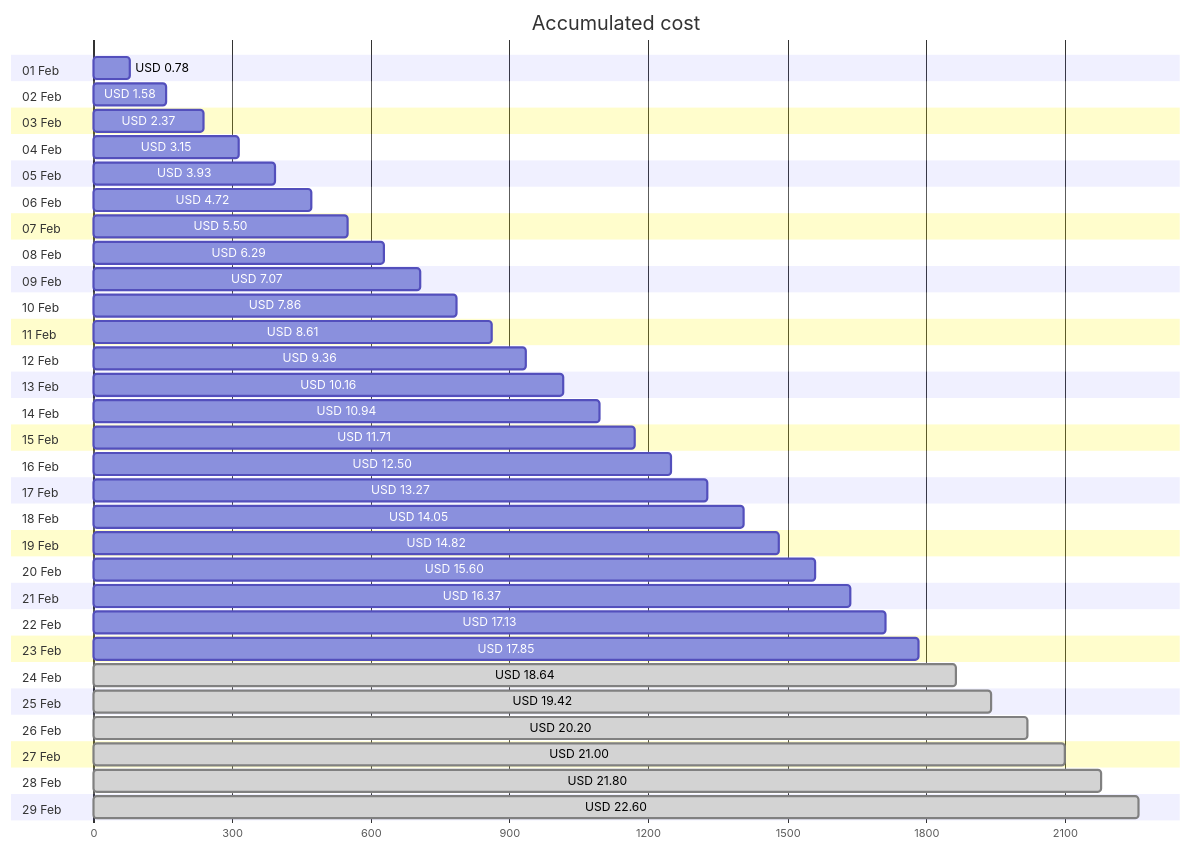
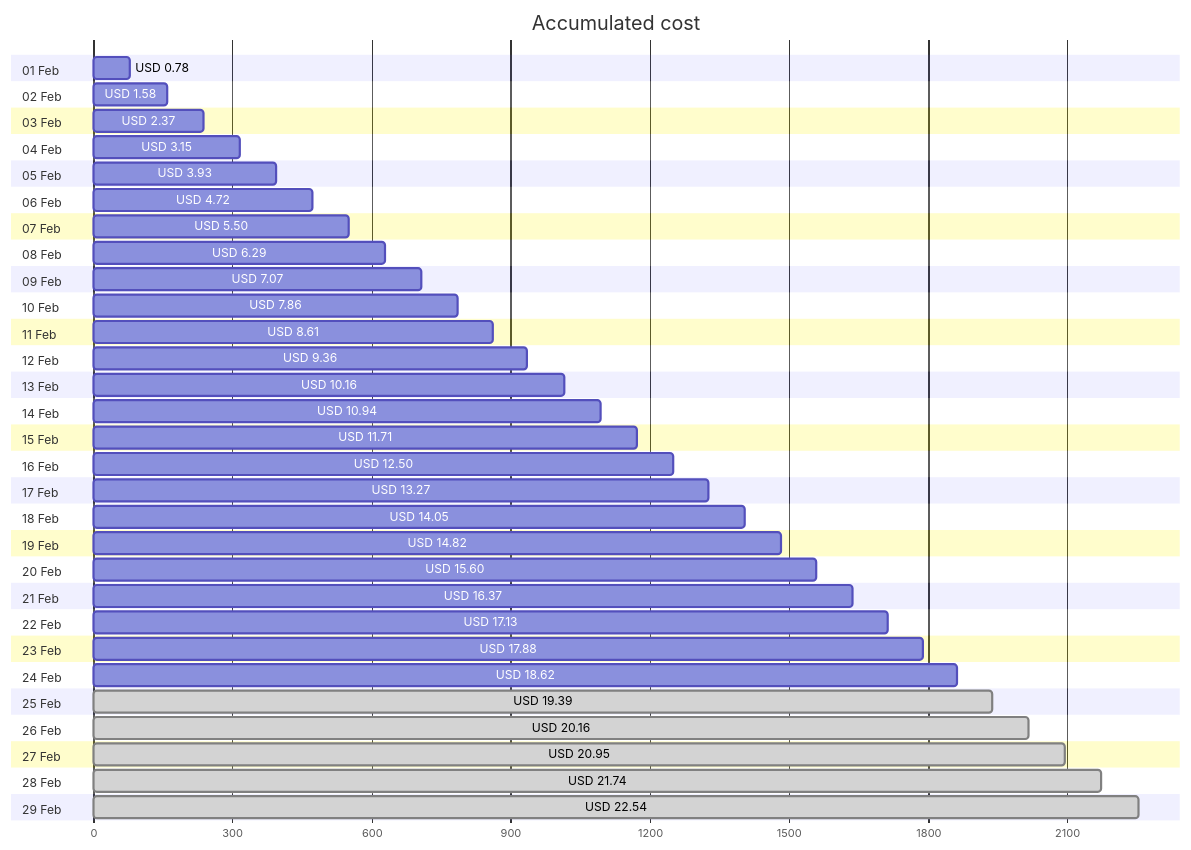
One commit to jpfulton/azure-personal-reports changed the first of 4 diagrams in cost-reports/personal-network/backup-server-data-disk.md. Above: the diagram before and after it, drawn with Mermaid. The commit also changed other lines of this file and 8 other files, not shown here.

````diff
--- a/cost-reports/personal-network/backup-server-data-disk.md
+++ b/cost-reports/personal-network/backup-server-data-disk.md
@@ -20,64 +20,64 @@
 ```mermaid
 gantt
    title Accumulated cost
    dateFormat  X
    axisFormat %s
    section 01 Feb
    USD 0.78 :0, 78
    section 02 Feb
    USD 1.58 :0, 158
    section 03 Feb
    USD 2.37 :0, 237
    section 04 Feb
    USD 3.15 :0, 315
    section 05 Feb
    USD 3.93 :0, 393
    section 06 Feb
    USD 4.72 :0, 472
    section 07 Feb
    USD 5.50 :0, 550
    section 08 Feb
    USD 6.29 :0, 629
    section 09 Feb
    USD 7.07 :0, 707
    section 10 Feb
    USD 7.86 :0, 786
    section 11 Feb
    USD 8.61 :0, 861
    section 12 Feb
    USD 9.36 :0, 936
    section 13 Feb
    USD 10.16 :0, 1016
    section 14 Feb
    USD 10.94 :0, 1094
    section 15 Feb
    USD 11.71 :0, 1171
    section 16 Feb
    USD 12.50 :0, 1250
    section 17 Feb
    USD 13.27 :0, 1327
    section 18 Feb
    USD 14.05 :0, 1405
    section 19 Feb
    USD 14.82 :0, 1482
    section 20 Feb
    USD 15.60 :0, 1560
    section 21 Feb
    USD 16.37 :0, 1637
    section 22 Feb
    USD 17.13 :0, 1713
    section 23 Feb
-   USD 17.85 :0, 1785
+   USD 17.88 :0, 1788
    section 24 Feb
-   USD 18.64 : done, 0, 1864
+   USD 18.62 :0, 1862
    section 25 Feb
-   USD 19.42 : done, 0, 1942
+   USD 19.39 : done, 0, 1939
    section 26 Feb
-   USD 20.20 : done, 0, 2020
+   USD 20.16 : done, 0, 2016
    section 27 Feb
-   USD 21.00 : done, 0, 2100
+   USD 20.95 : done, 0, 2095
    section 28 Feb
-   USD 21.80 : done, 0, 2180
+   USD 21.74 : done, 0, 2174
    section 29 Feb
-   USD 22.60 : done, 0, 2260
+   USD 22.54 : done, 0, 2254
 ```
````
